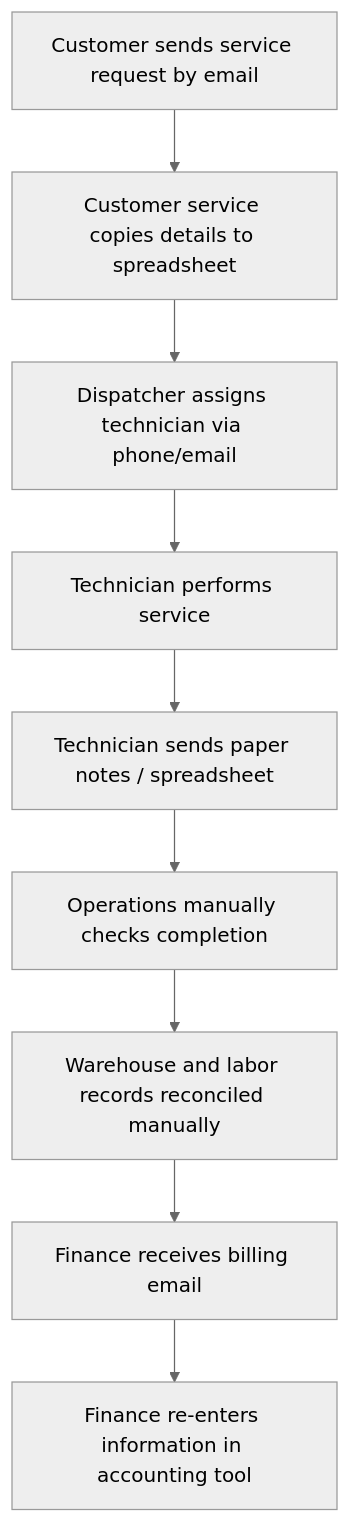
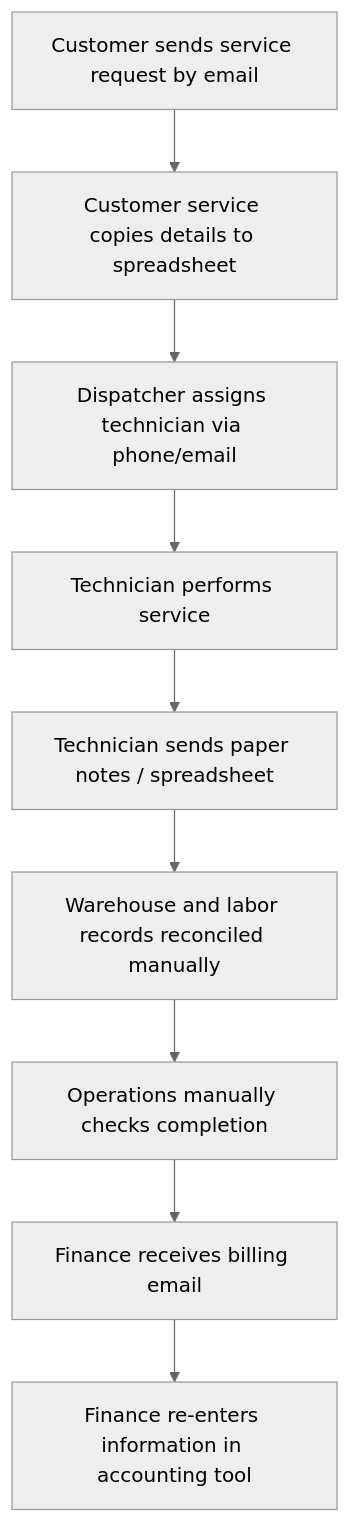
Before and after one commit to polabroda/ERP_Business_Analysis: the diagram in diagrams/process_as_is.md, drawn with Mermaid (neutral theme).

````diff
--- a/diagrams/process_as_is.md
+++ b/diagrams/process_as_is.md
@@ -3,11 +3,11 @@
 ```mermaid
 flowchart TD
   A[Customer sends service request by email] --> B[Customer service copies details to spreadsheet]
   B --> C[Dispatcher assigns technician via phone/email]
   C --> D[Technician performs service]
   D --> E[Technician sends paper notes / spreadsheet]
-  E --> F[Operations manually checks completion]
-  F --> G[Warehouse and labor records reconciled manually]
+  E --> F[Warehouse and labor records reconciled manually]
+  F --> G[Operations manually checks completion]
   G --> H[Finance receives billing email]
   H --> I[Finance re-enters information in accounting tool]
 ```
````
